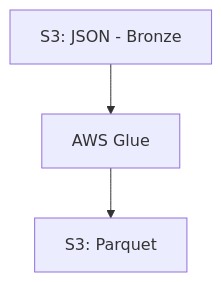
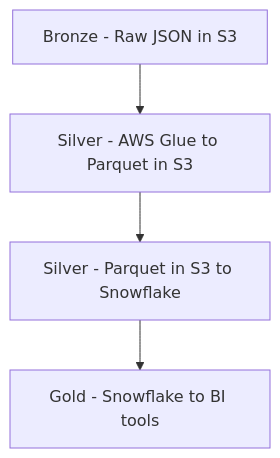
Before and after one commit to Sage-Bionetworks/snowflake: the diagram in README.md, drawn with Mermaid. The commit also changed other lines of this file, not shown here.

Commit message:
Try to describe the architecture in medallion terms

````diff
--- a/README.md
+++ b/README.md
@@ -27,5 +27,6 @@
 ```mermaid
 graph TD;
-    A[S3: JSON - Bronze]-->B[AWS Glue];
-    B-->C[S3: Parquet];
+    A[Bronze - Raw JSON in S3]-->B[Silver - AWS Glue to Parquet in S3];
+    B-->C[Silver - Parquet in S3 to Snowflake];
+    C-->D[Gold - Snowflake to BI tools];
 ```
````
